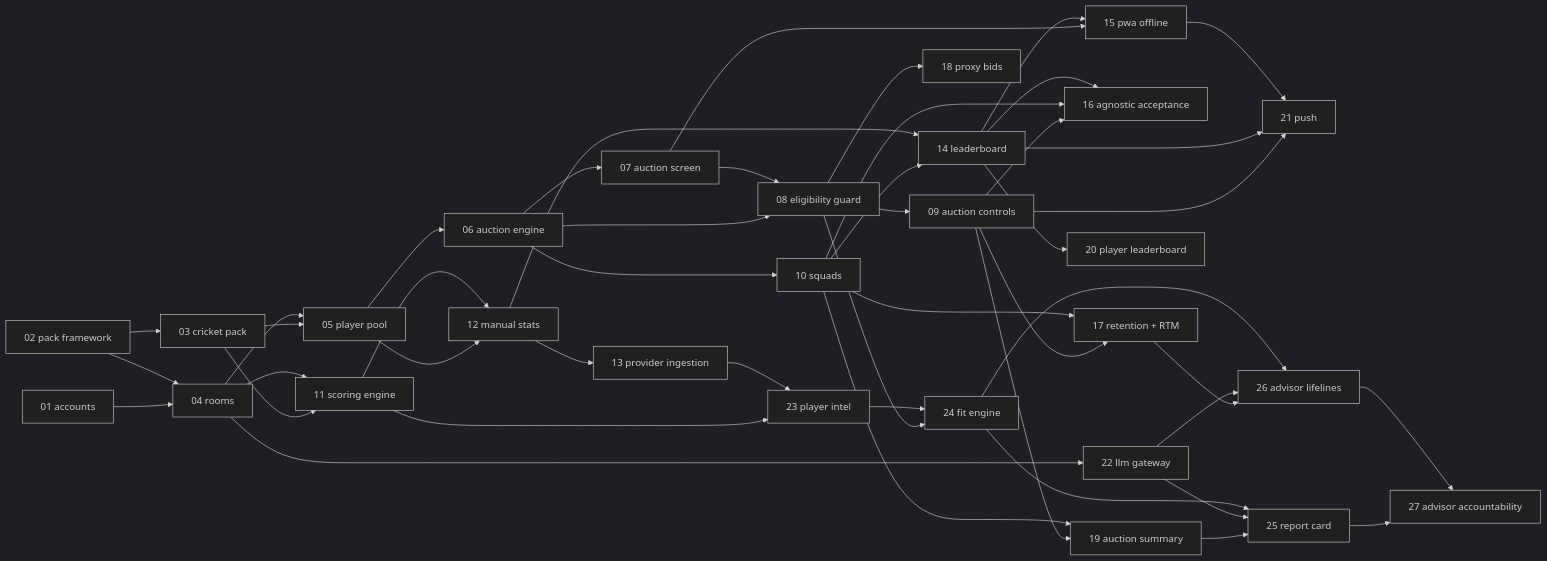
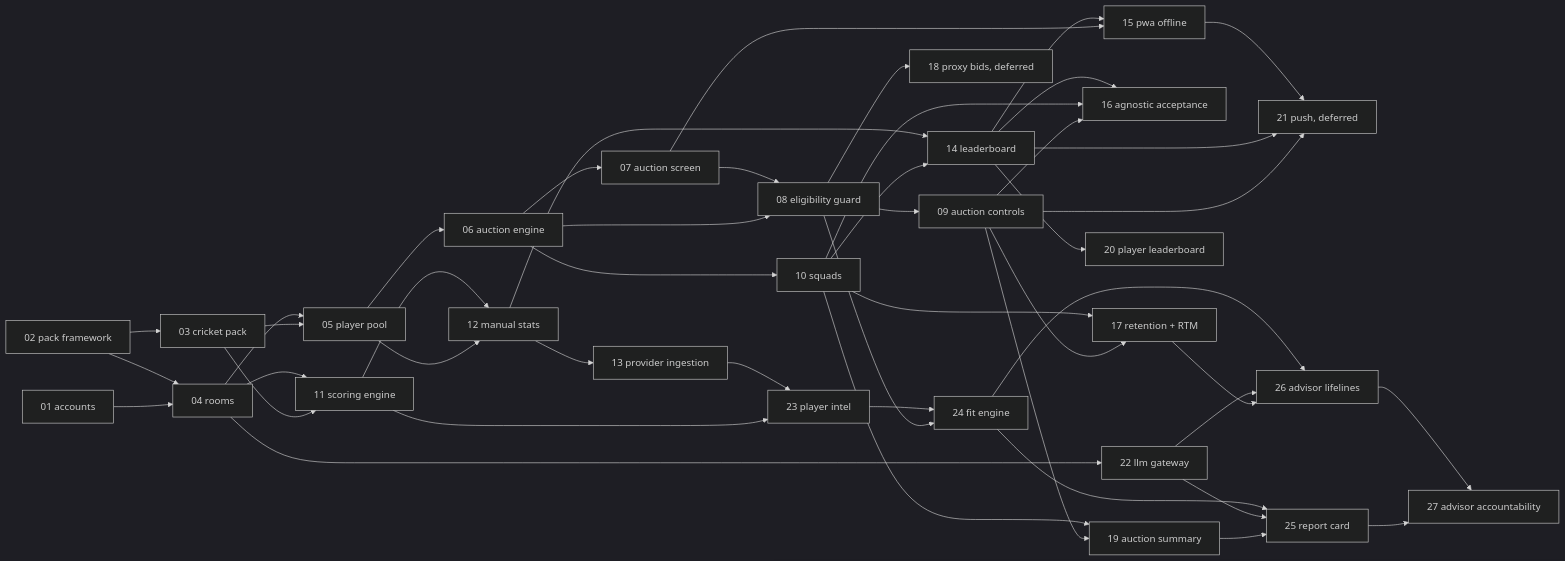
The diagram in docs/roadmap.md (Shanerex/PaddleUp), drawn with Mermaid (dark theme) before and after one commit. The commit also changed other lines of this file and 12 other files, not shown here.

````diff
--- a/docs/roadmap.md
+++ b/docs/roadmap.md
@@ -66,48 +142,48 @@
 ```mermaid
 graph LR
   01[01 accounts] --> 04
   02[02 pack framework] --> 03[03 cricket pack]
   02 --> 04[04 rooms]
   03 --> 05[05 player pool]
   04 --> 05
   05 --> 06[06 auction engine]
   06 --> 07[07 auction screen]
   06 --> 08[08 eligibility guard]
   07 --> 08
   08 --> 09[09 auction controls]
   06 --> 10[10 squads]
   03 --> 11[11 scoring engine]
   04 --> 11
   05 --> 12[12 manual stats]
   11 --> 12
   12 --> 13[13 provider ingestion]
   10 --> 14[14 leaderboard]
   12 --> 14
   07 --> 15[15 pwa offline]
   14 --> 15
   09 --> 16[16 agnostic acceptance]
   10 --> 16
   14 --> 16
   09 --> 17[17 retention + RTM]
   10 --> 17
-  08 --> 18[18 proxy bids]
+  08 --> 18[18 proxy bids, deferred]
   09 --> 19[19 auction summary]
   10 --> 19
   14 --> 20[20 player leaderboard]
-  09 --> 21[21 push]
+  09 --> 21[21 push, deferred]
   14 --> 21
   15 --> 21
   04 --> 22[22 llm gateway]
   11 --> 23[23 player intel]
   13 --> 23
   08 --> 24[24 fit engine]
   23 --> 24
   19 --> 25[25 report card]
   22 --> 25
   24 --> 25
   17 --> 26[26 advisor lifelines]
   22 --> 26
   24 --> 26
   25 --> 27[27 advisor accountability]
   26 --> 27
 ```
````
